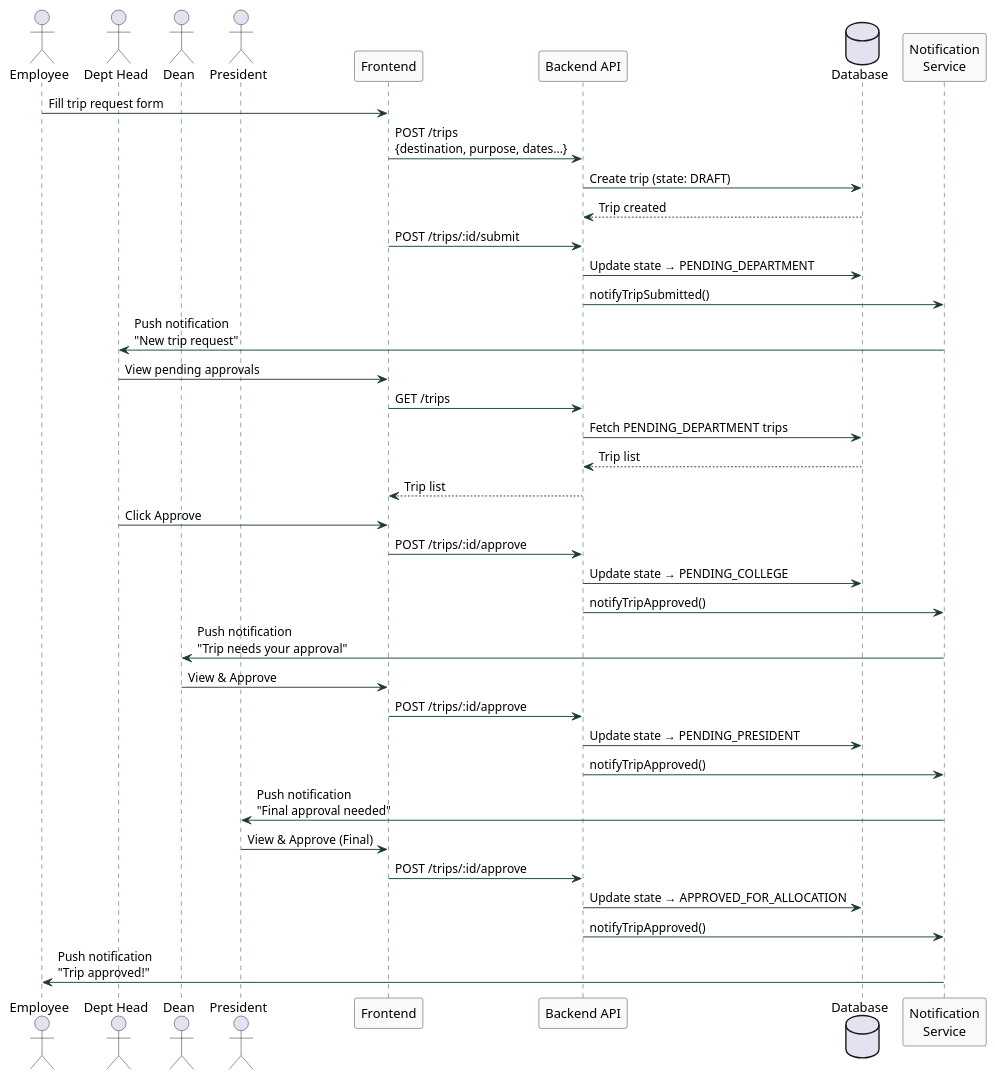
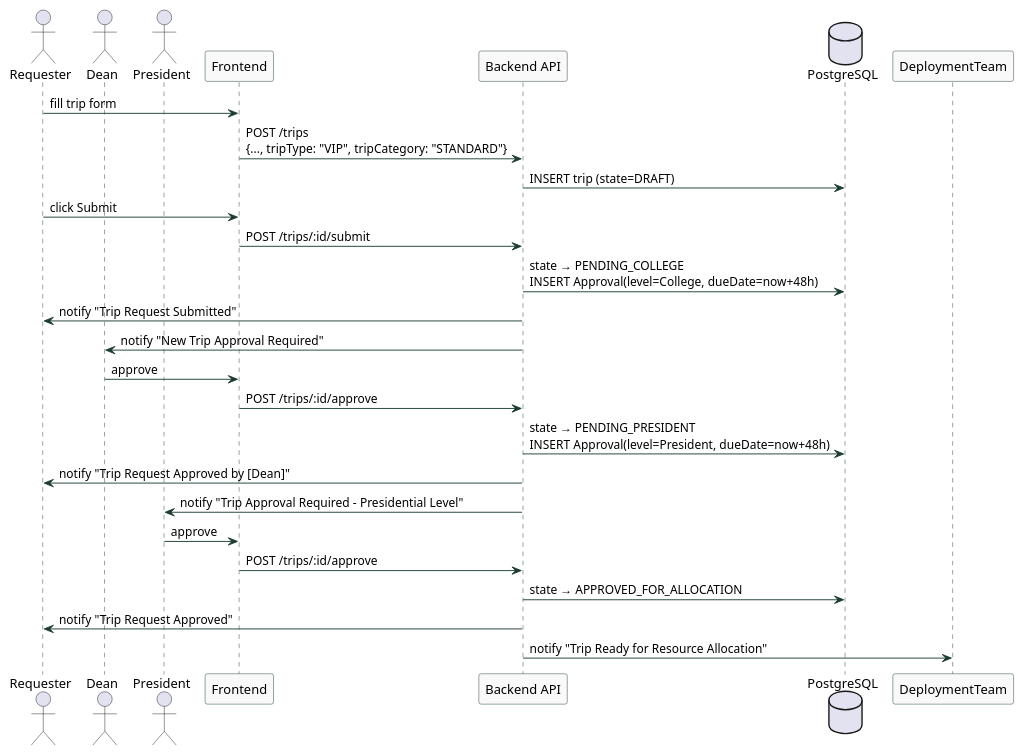
Before and after one commit to etrnkz/Fleet-Management-System: the fourth of 9 diagrams in docs/sequence-diagrams.md, drawn with PlantUML. The commit also changed other lines of this file and 18 other files, not shown here.

Commit message:
docs: add state diagram, update sequence diagrams, use case diagram, database schema

````diff
--- a/docs/sequence-diagrams.md
+++ b/docs/sequence-diagrams.md
@@ -51,51 +161,38 @@
 ```plantuml
-@startuml SD_TripApproval
-
+@startuml SD_LegacyVIP
 skinparam sequenceArrowColor #1B3D2F
 skinparam sequenceLifeLineBorderColor #1B3D2F
 skinparam sequenceParticipantBorderColor #1B3D2F
 skinparam sequenceParticipantBackgroundColor #f9f9f9
 
-actor "Employee" as EMP
-actor "Dept Head" as DEPT
+actor "Requester" as EMP
 actor "Dean" as DEAN
 actor "President" as PRES
 participant "Frontend" as FE
 participant "Backend API" as BE
-database "Database" as DB
-participant "Notification\nService" as NS
+database "PostgreSQL" as DB
 
-EMP -> FE : Fill trip request form
-FE -> BE : POST /trips\n{destination, purpose, dates...}
-BE -> DB : Create trip (state: DRAFT)
-DB --> BE : Trip created
+EMP -> FE : fill trip form
+FE -> BE : POST /trips\n{..., tripType: "VIP", tripCategory: "STANDARD"}
+BE -> DB : INSERT trip (state=DRAFT)
+
+EMP -> FE : click Submit
 FE -> BE : POST /trips/:id/submit
-BE -> DB : Update state → PENDING_DEPARTMENT
-BE -> NS : notifyTripSubmitted()
-NS -> DEPT : Push notification\n"New trip request"
+BE -> DB : state → PENDING_COLLEGE\nINSERT Approval(level=College, dueDate=now+48h)
+BE -> EMP : notify "Trip Request Submitted"
+BE -> DEAN : notify "New Trip Approval Required"
 
-DEPT -> FE : View pending approvals
-FE -> BE : GET /trips
-BE -> DB : Fetch PENDING_DEPARTMENT trips
-DB --> BE : Trip list
-BE --> FE : Trip list
-DEPT -> FE : Click Approve
+DEAN -> FE : approve
 FE -> BE : POST /trips/:id/approve
-BE -> DB : Update state → PENDING_COLLEGE
-BE -> NS : notifyTripApproved()
-NS -> DEAN : Push notification\n"Trip needs your approval"
+BE -> DB : state → PENDING_PRESIDENT\nINSERT Approval(level=President, dueDate=now+48h)
+BE -> EMP : notify "Trip Request Approved by [Dean]"
+BE -> PRES : notify "Trip Approval Required - Presidential Level"
 
-DEAN -> FE : View & Approve
+PRES -> FE : approve
 FE -> BE : POST /trips/:id/approve
-BE -> DB : Update state → PENDING_PRESIDENT
-BE -> NS : notifyTripApproved()
-NS -> PRES : Push notification\n"Final approval needed"
-
-PRES -> FE : View & Approve (Final)
-FE -> BE : POST /trips/:id/approve
-BE -> DB : Update state → APPROVED_FOR_ALLOCATION
-BE -> NS : notifyTripApproved()
-NS -> EMP : Push notification\n"Trip approved!"
+BE -> DB : state → APPROVED_FOR_ALLOCATION
+BE -> EMP : notify "Trip Request Approved"
+BE -> DeploymentTeam : notify "Trip Ready for Resource Allocation"
 
 @enduml
 ```
````
